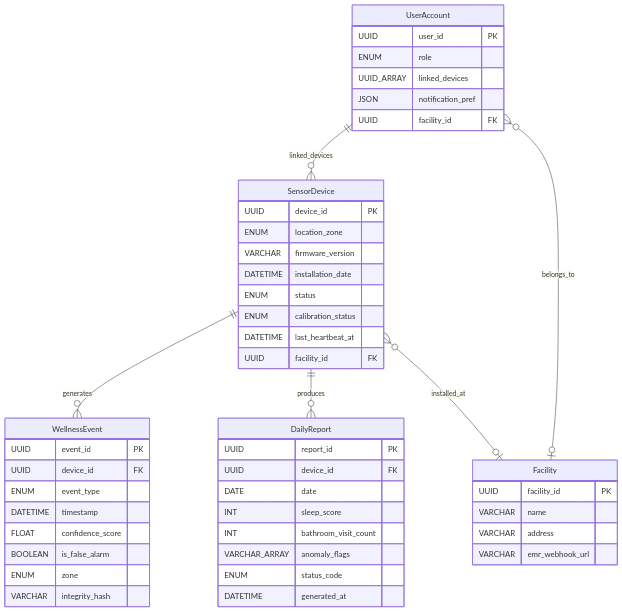
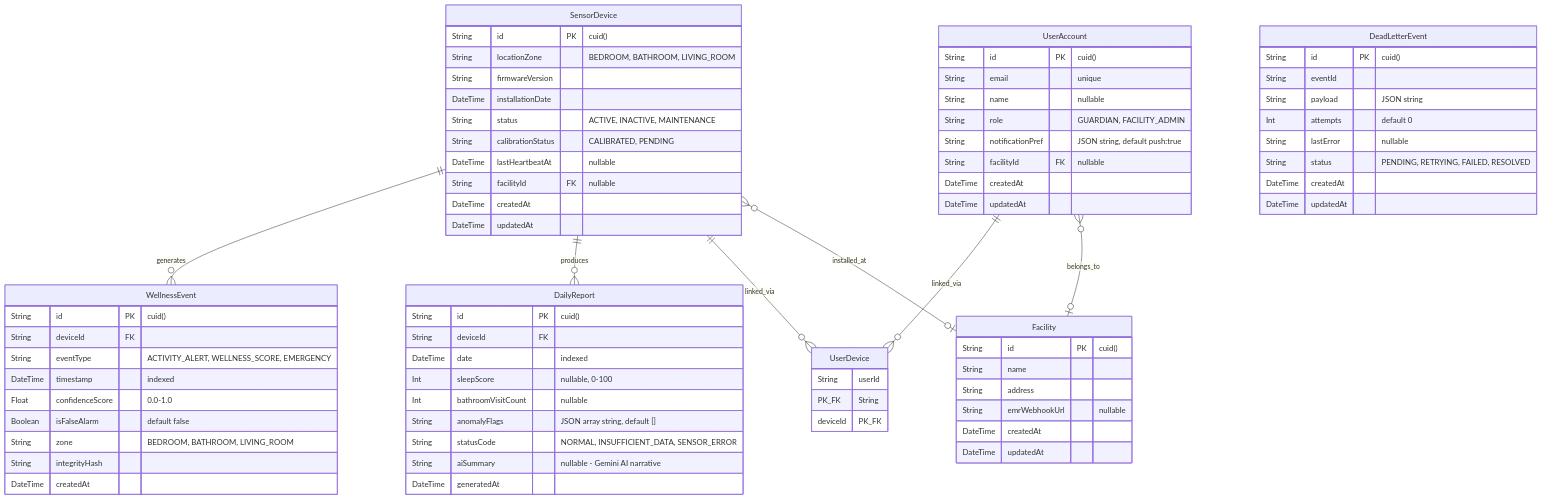
One commit to bugsmile/SRS-from-PRD_AmbieCARE changed the sixth of 11 diagrams in SRS-Draft/SRS_v01(ENG_OPUS).md. Above: the diagram before and after it, drawn with Mermaid. The commit also changed other lines of this file and 4 other files, not shown here.

````diff
--- a/SRS-Draft/SRS_v01(ENG_OPUS).md
+++ b/SRS-Draft/SRS_v01(ENG_OPUS).md
@@ -358,56 +429,82 @@
 ```mermaid
 erDiagram
     SensorDevice ||--o{ WellnessEvent : "generates"
     SensorDevice ||--o{ DailyReport : "produces"
-    UserAccount ||--o{ SensorDevice : "linked_devices"
+    SensorDevice ||--o{ UserDevice : "linked_via"
+    UserAccount ||--o{ UserDevice : "linked_via"
     UserAccount }o--o| Facility : "belongs_to"
     SensorDevice }o--o| Facility : "installed_at"
 
     SensorDevice {
-        UUID device_id PK
-        ENUM location_zone
-        VARCHAR firmware_version
-        DATETIME installation_date
-        ENUM status
-        ENUM calibration_status
-        DATETIME last_heartbeat_at
-        UUID facility_id FK
+        String id PK "cuid()"
+        String locationZone "BEDROOM, BATHROOM, LIVING_ROOM"
+        String firmwareVersion
+        DateTime installationDate
+        String status "ACTIVE, INACTIVE, MAINTENANCE"
+        String calibrationStatus "CALIBRATED, PENDING"
+        DateTime lastHeartbeatAt "nullable"
+        String facilityId FK "nullable"
+        DateTime createdAt
+        DateTime updatedAt
     }
 
     WellnessEvent {
-        UUID event_id PK
-        UUID device_id FK
-        ENUM event_type
-        DATETIME timestamp
-        FLOAT confidence_score
-        BOOLEAN is_false_alarm
-        ENUM zone
-        VARCHAR integrity_hash
+        String id PK "cuid()"
+        String deviceId FK
+        String eventType "ACTIVITY_ALERT, WELLNESS_SCORE, EMERGENCY"
+        DateTime timestamp "indexed"
+        Float confidenceScore "0.0-1.0"
+        Boolean isFalseAlarm "default false"
+        String zone "BEDROOM, BATHROOM, LIVING_ROOM"
+        String integrityHash
+        DateTime createdAt
     }
 
     UserAccount {
-        UUID user_id PK
-        ENUM role
-        UUID_ARRAY linked_devices
-        JSON notification_pref
-        UUID facility_id FK
+        String id PK "cuid()"
+        String email "unique"
+        String name "nullable"
+        String role "GUARDIAN, FACILITY_ADMIN"
+        String notificationPref "JSON string, default push:true"
+        String facilityId FK "nullable"
+        DateTime createdAt
+        DateTime updatedAt
+    }
+
+    UserDevice {
+        String userId PK_FK
+        String deviceId PK_FK
     }
 
     DailyReport {
-        UUID report_id PK
-        UUID device_id FK
-        DATE date
-        INT sleep_score
-        INT bathroom_visit_count
-        VARCHAR_ARRAY anomaly_flags
-        ENUM status_code
-        DATETIME generated_at
+        String id PK "cuid()"
+        String deviceId FK
+        DateTime date "indexed"
+        Int sleepScore "nullable, 0-100"
+        Int bathroomVisitCount "nullable"
+        String anomalyFlags "JSON array string, default []"
+        String statusCode "NORMAL, INSUFFICIENT_DATA, SENSOR_ERROR"
+        String aiSummary "nullable - Gemini AI narrative"
+        DateTime generatedAt
     }
 
     Facility {
-        UUID facility_id PK
-        VARCHAR name
-        VARCHAR address
-        VARCHAR emr_webhook_url
+        String id PK "cuid()"
+        String name
+        String address
+        String emrWebhookUrl "nullable"
+        DateTime createdAt
+        DateTime updatedAt
+    }
+
+    DeadLetterEvent {
+        String id PK "cuid()"
+        String eventId
+        String payload "JSON string"
+        Int attempts "default 0"
+        String lastError "nullable"
+        String status "PENDING, RETRYING, FAILED, RESOLVED"
+        DateTime createdAt
+        DateTime updatedAt
     }
 ```
````
